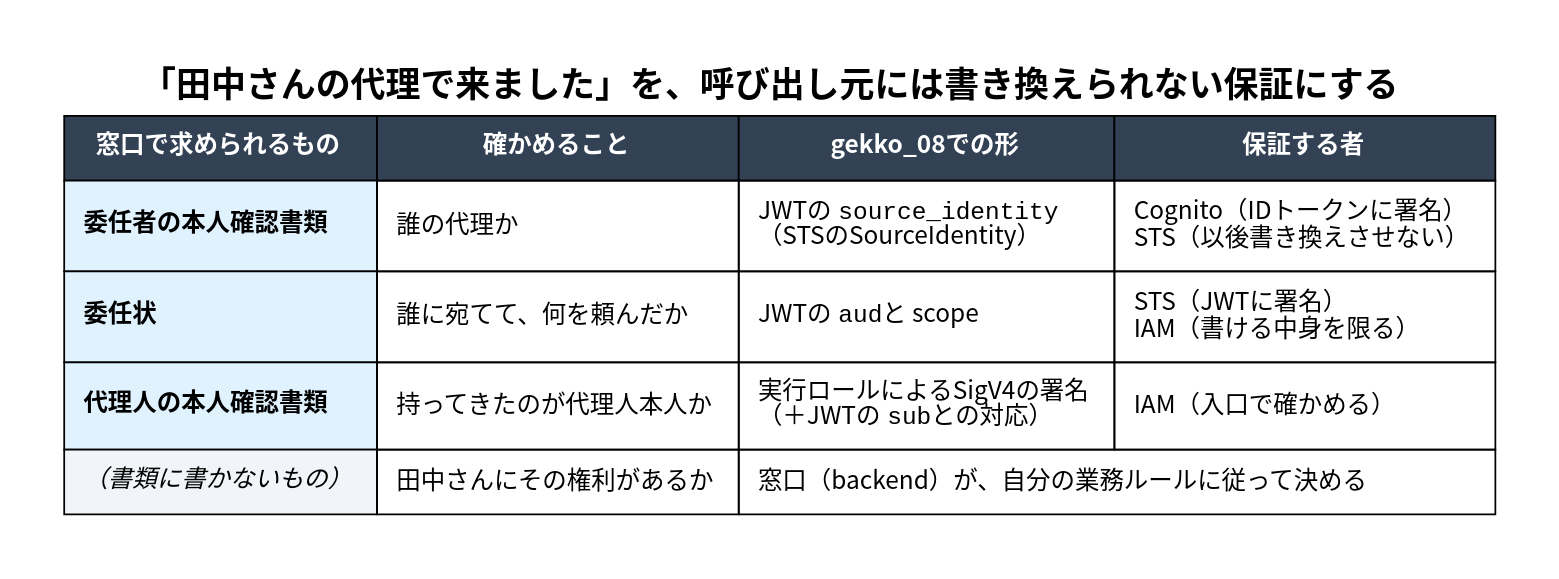
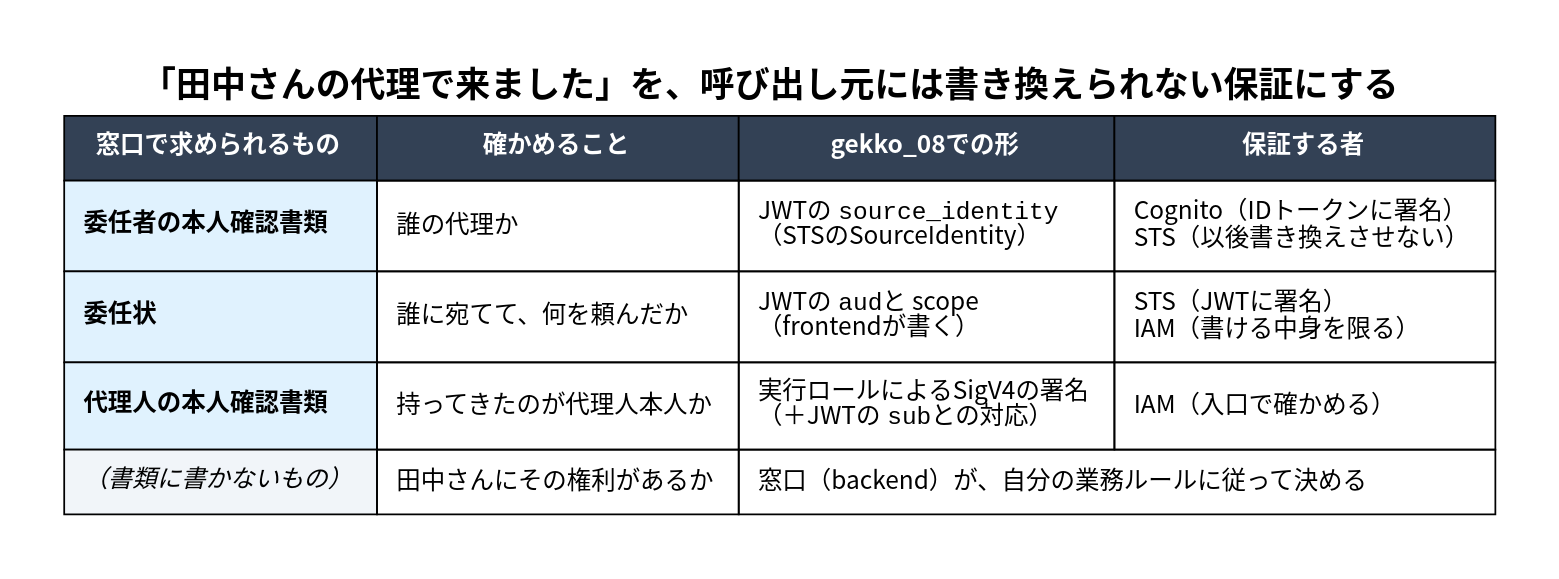
Before and after one commit to mahitotsu/gekko_08: the diagram in drafts/images/01-delegation-mapping.dot, drawn with Graphviz.

Commit message:
Drafts: mapping image source shows that frontend writes the letter's fields
The PNG is not regenerated yet (Graphviz is not installed here).

```diff
--- a/drafts/images/01-delegation-mapping.dot
+++ b/drafts/images/01-delegation-mapping.dot
@@ -1,37 +1,37 @@
 digraph G {
   graph [fontname="Noto Sans CJK JP", bgcolor="white", pad="0.4", label=<<b>「田中さんの代理で来ました」を、呼び出し元には書き換えられない保証にする</b>>, labelloc=t, fontsize=20];
   node [fontname="Noto Sans CJK JP", shape=plain, fontsize=14];
 
   t [label=<
   <table border="0" cellborder="1" cellspacing="0" cellpadding="10">
     <tr>
       <td bgcolor="#334155"><font color="white"><b>窓口で求められるもの</b></font></td>
       <td bgcolor="#334155"><font color="white"><b>確かめること</b></font></td>
       <td bgcolor="#334155"><font color="white"><b>gekko_08での形</b></font></td>
       <td bgcolor="#334155"><font color="white"><b>保証する者</b></font></td>
     </tr>
     <tr>
       <td bgcolor="#e0f2fe" align="left" balign="left"><b>委任者の本人確認書類</b></td>
       <td align="left" balign="left">誰の代理か</td>
       <td align="left" balign="left">JWTの <font face="monospace">source_identity</font><br/>（STSのSourceIdentity）</td>
       <td align="left" balign="left">Cognito（IDトークンに署名）<br/>STS（以後書き換えさせない）</td>
     </tr>
     <tr>
       <td bgcolor="#e0f2fe" align="left" balign="left"><b>委任状</b></td>
       <td align="left" balign="left">誰に宛てて、何を頼んだか</td>
-      <td align="left" balign="left">JWTの <font face="monospace">aud</font> と scope</td>
+      <td align="left" balign="left">JWTの <font face="monospace">aud</font> と scope<br/>（frontendが書く）</td>
       <td align="left" balign="left">STS（JWTに署名）<br/>IAM（書ける中身を限る）</td>
     </tr>
     <tr>
       <td bgcolor="#e0f2fe" align="left" balign="left"><b>代理人の本人確認書類</b></td>
       <td align="left" balign="left">持ってきたのが代理人本人か</td>
       <td align="left" balign="left">実行ロールによるSigV4の署名<br/>（＋JWTの <font face="monospace">sub</font> との対応）</td>
       <td align="left" balign="left">IAM（入口で確かめる）</td>
     </tr>
     <tr>
       <td bgcolor="#f1f5f9" align="left" balign="left"><i>（書類に書かないもの）</i></td>
       <td align="left" balign="left">田中さんにその権利があるか</td>
       <td align="left" balign="left" colspan="2">窓口（backend）が、自分の業務ルールに従って決める</td>
     </tr>
   </table>>];
 }
```
